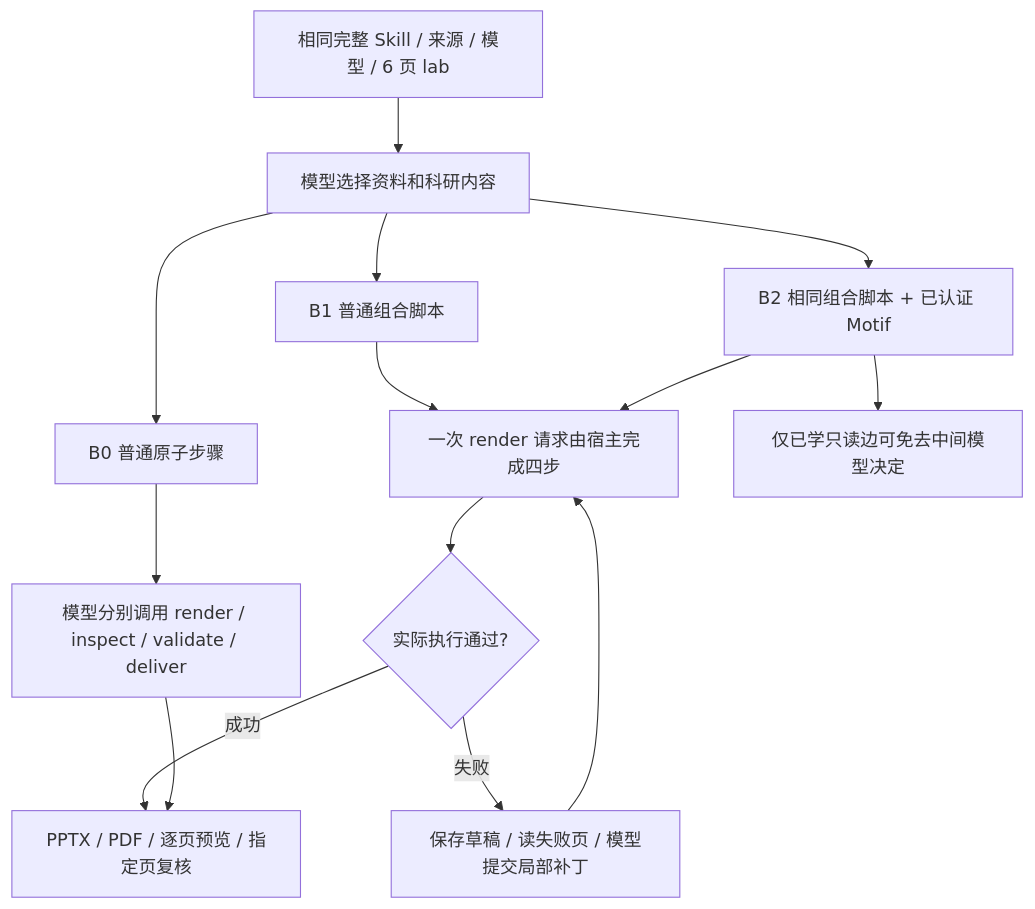
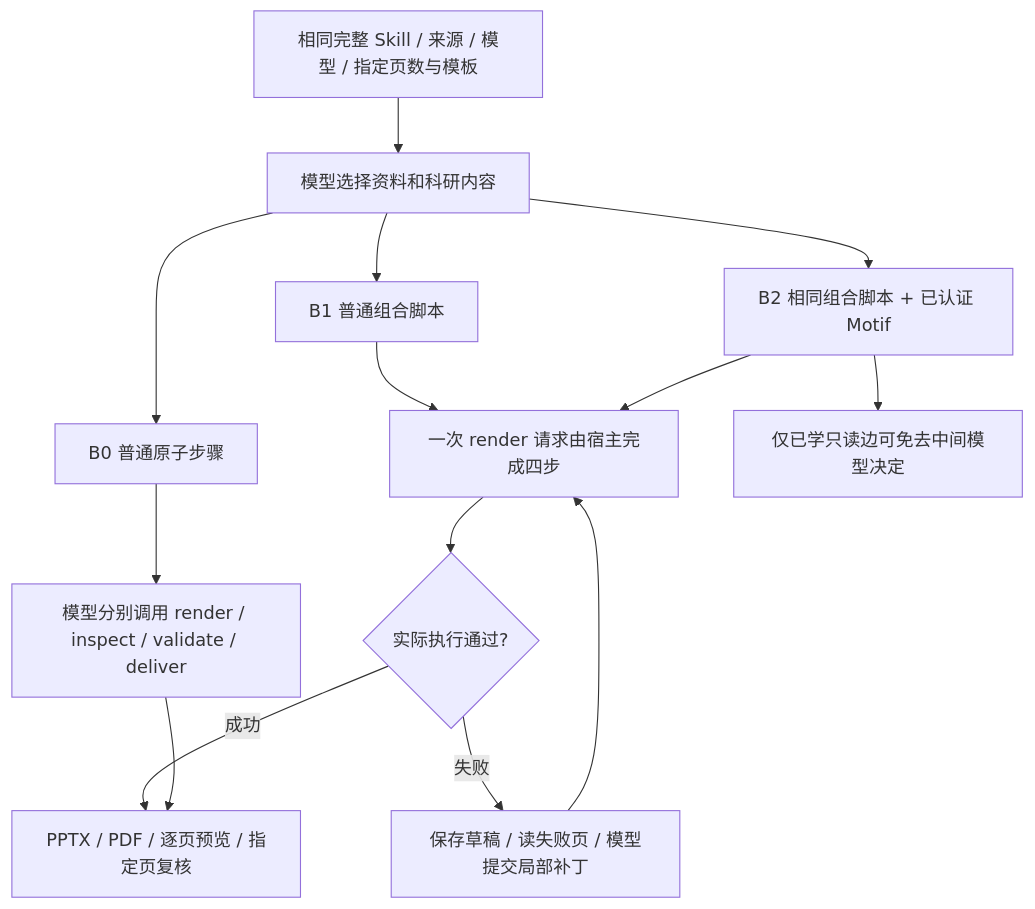
The diagram in docs/experiments/ppt-web-workflow-learning-20261016-v1.md (jingyio/DeepSeek-Harless), drawn with Mermaid before and after one commit. The commit also changed other lines of this file and 6 other files, not shown here.

````diff
--- a/docs/experiments/ppt-web-workflow-learning-20261016-v1.md
+++ b/docs/experiments/ppt-web-workflow-learning-20261016-v1.md
@@ -20,16 +20,16 @@
 ```mermaid
 flowchart TD
-  A[相同完整 Skill / 来源 / 模型 / 6 页 lab] --> B[模型选择资料和科研内容]
+  A[相同完整 Skill / 来源 / 模型 / 指定页数与模板] --> B[模型选择资料和科研内容]
   B --> C0[B0 普通原子步骤]
   B --> C1[B1 普通组合脚本]
   B --> C2[B2 相同组合脚本 + 已认证 Motif]
   C0 --> D0[模型分别调用 render / inspect / validate / deliver]
   C1 --> D1[一次 render 请求由宿主完成四步]
   C2 --> D1
   C2 --> M[仅已学只读边可免去中间模型决定]
   D1 --> E{实际执行通过?}
   E -->|失败| F[保存草稿 / 读失败页 / 模型提交局部补丁]
   F --> D1
   E -->|成功| G[PPTX / PDF / 逐页预览 / 指定页复核]
   D0 --> G
 ```
````
